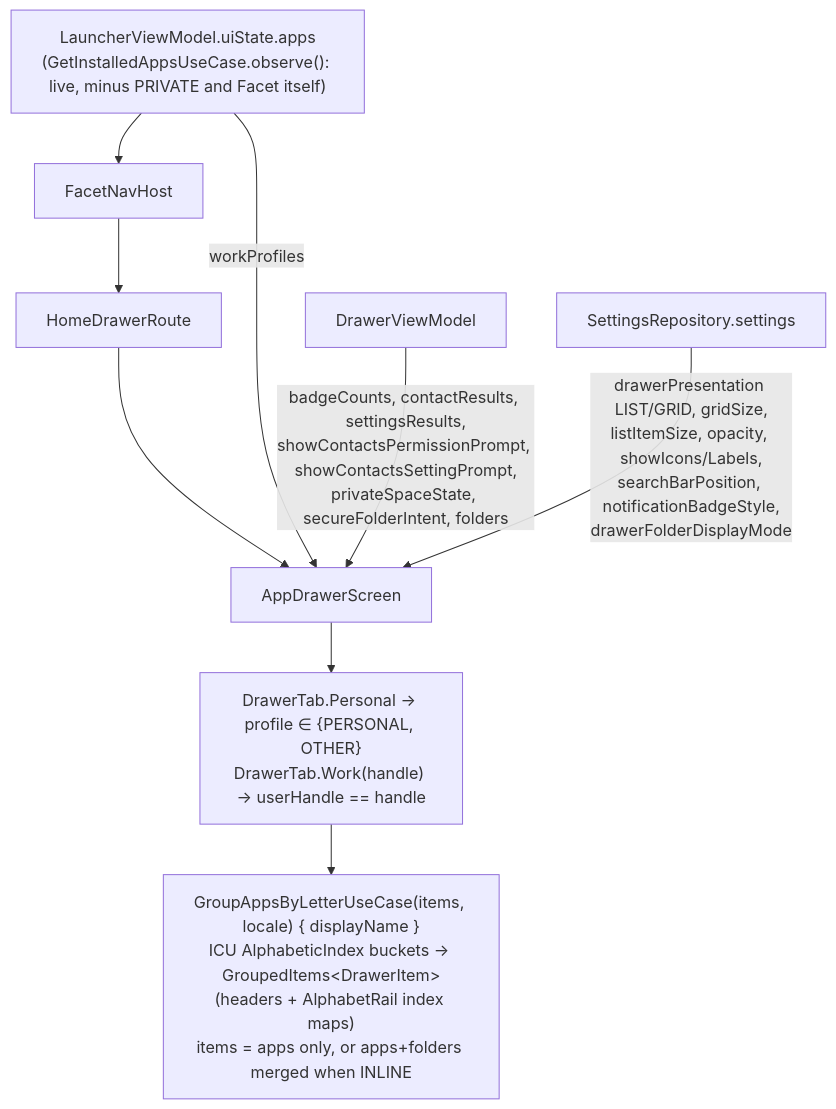
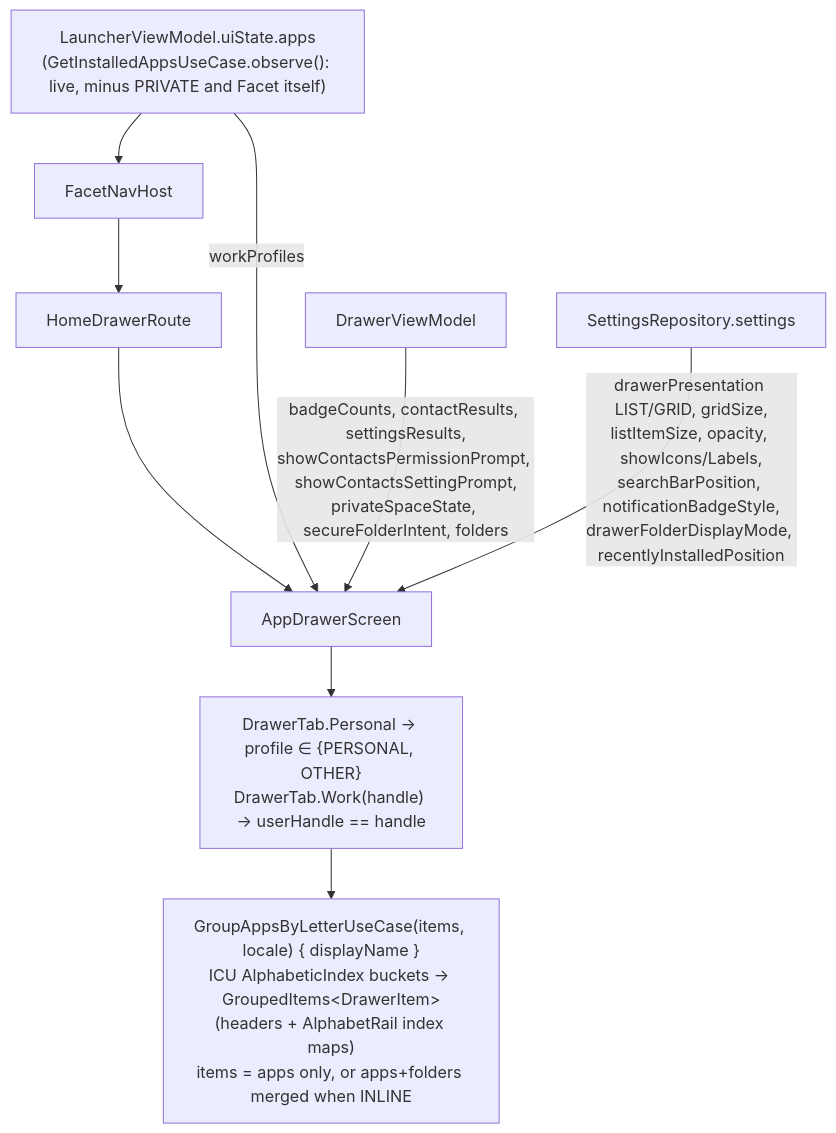
Before and after one commit to rohitganjam/facet-launcher: the first of 2 diagrams in docs/architecture/12-flow-drawer-search-and-app-actions.md, drawn with Mermaid. The commit also changed other lines of this file and 32 other files, not shown here.

First line of the commit message:
Add "Recently installed" category to App Drawer and Private Space

````diff
--- a/docs/architecture/12-flow-drawer-search-and-app-actions.md
+++ b/docs/architecture/12-flow-drawer-search-and-app-actions.md
@@ -9,9 +9,9 @@
 ```mermaid
 flowchart TB
     LVM["LauncherViewModel.uiState.apps\n(GetInstalledAppsUseCase.observe(): live, minus PRIVATE and Facet itself)"] --> NAV[FacetNavHost] --> R[HomeDrawerRoute] --> S[AppDrawerScreen]
     LVM -- workProfiles --> S
     S --> TAB["DrawerTab.Personal → profile ∈ {PERSONAL, OTHER}\nDrawerTab.Work(handle) → userHandle == handle"]
     TAB --> GRP["GroupAppsByLetterUseCase(items, locale) { displayName }\nICU AlphabeticIndex buckets → GroupedItems&lt;DrawerItem&gt;\n(headers + AlphabetRail index maps)\nitems = apps only, or apps+folders merged when INLINE"]
     DVM[DrawerViewModel] -- "badgeCounts, contactResults, settingsResults,\nshowContactsPermissionPrompt, showContactsSettingPrompt,\nprivateSpaceState, secureFolderIntent, folders" --> S
-    SET["SettingsRepository.settings"] -- "drawerPresentation LIST/GRID, gridSize,\nlistItemSize, opacity, showIcons/Labels,\nsearchBarPosition, notificationBadgeStyle,\ndrawerFolderDisplayMode" --> S
+    SET["SettingsRepository.settings"] -- "drawerPresentation LIST/GRID, gridSize,\nlistItemSize, opacity, showIcons/Labels,\nsearchBarPosition, notificationBadgeStyle,\ndrawerFolderDisplayMode, recentlyInstalledPosition" --> S
 ```
````
